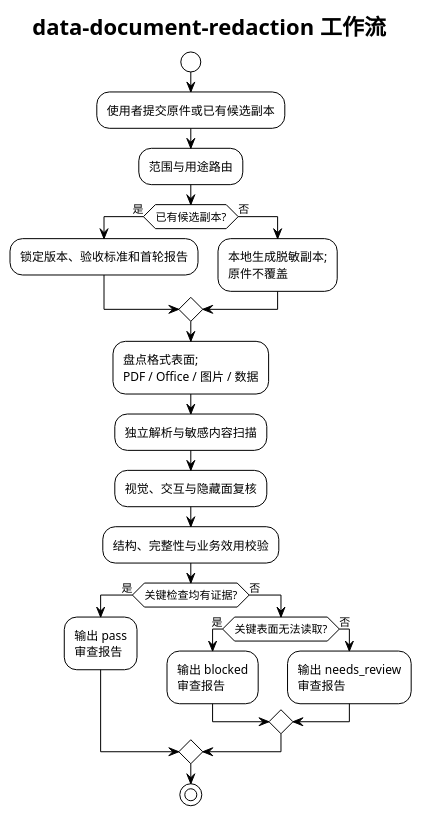
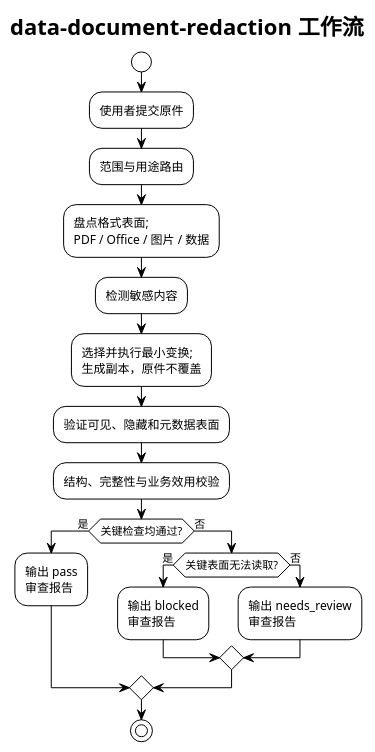
Before and after one commit to i-zrhe2016/data-document-redaction: the diagram in docs/diagrams/data-document-redaction-architecture.puml, drawn with PlantUML. The commit also changed 10 other files, not shown here.

```diff
--- a/docs/diagrams/data-document-redaction-architecture.puml
+++ b/docs/diagrams/data-document-redaction-architecture.puml
@@ -1,33 +1,27 @@
 @startuml
 !theme plain
 title data-document-redaction 工作流
 skinparam shadowing false
 
 start
-:使用者提交原件或已有候选副本;
+:使用者提交原件;
 :范围与用途路由;
-
-if (已有候选副本?) then (是)
-  :锁定版本、验收标准和首轮报告;
-else (否)
-  :本地生成脱敏副本;\n原件不覆盖;
-endif
-
 :盘点格式表面;\nPDF / Office / 图片 / 数据;
-:独立解析与敏感内容扫描;
-:视觉、交互与隐藏面复核;
+:检测敏感内容;
+:选择并执行最小变换;\n生成副本，原件不覆盖;
+:验证可见、隐藏和元数据表面;
 :结构、完整性与业务效用校验;
 
-if (关键检查均有证据?) then (是)
+if (关键检查均通过?) then (是)
   :输出 pass\n审查报告;
 else (否)
   if (关键表面无法读取?) then (是)
     :输出 blocked\n审查报告;
   else (否)
     :输出 needs_review\n审查报告;
   endif
 endif
 
 stop
 
 @enduml
```
